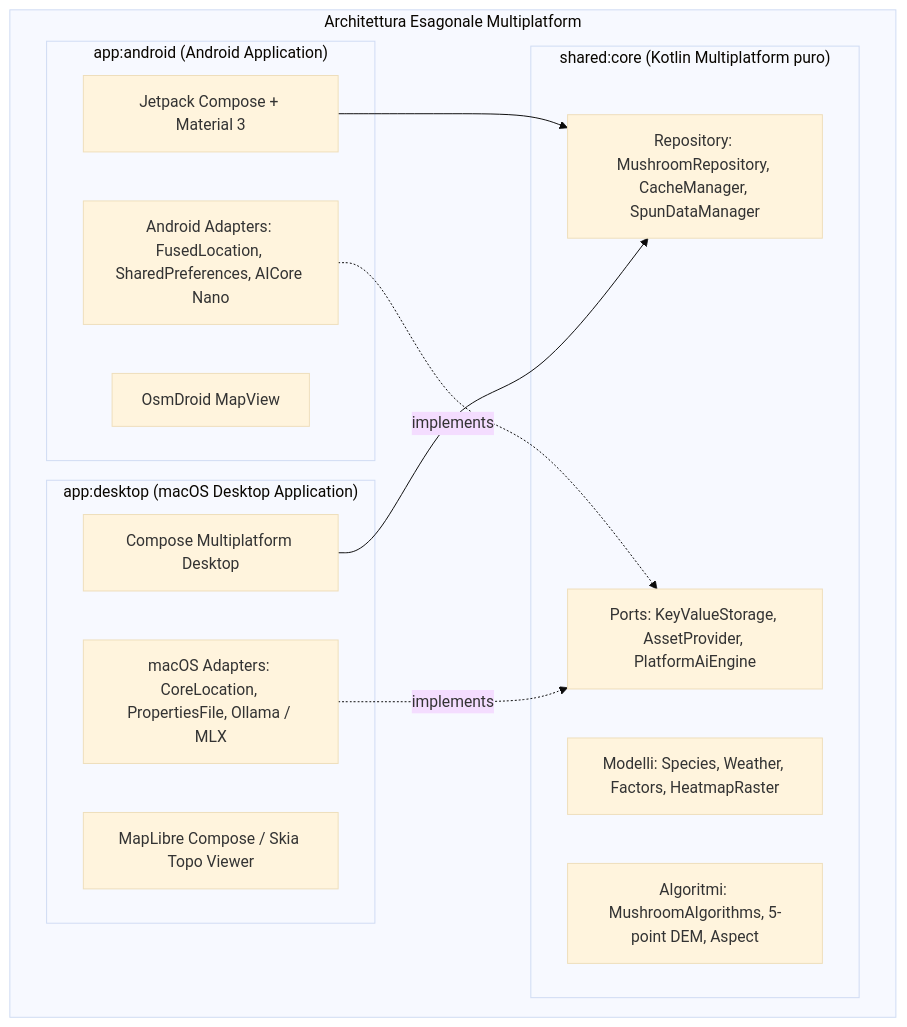
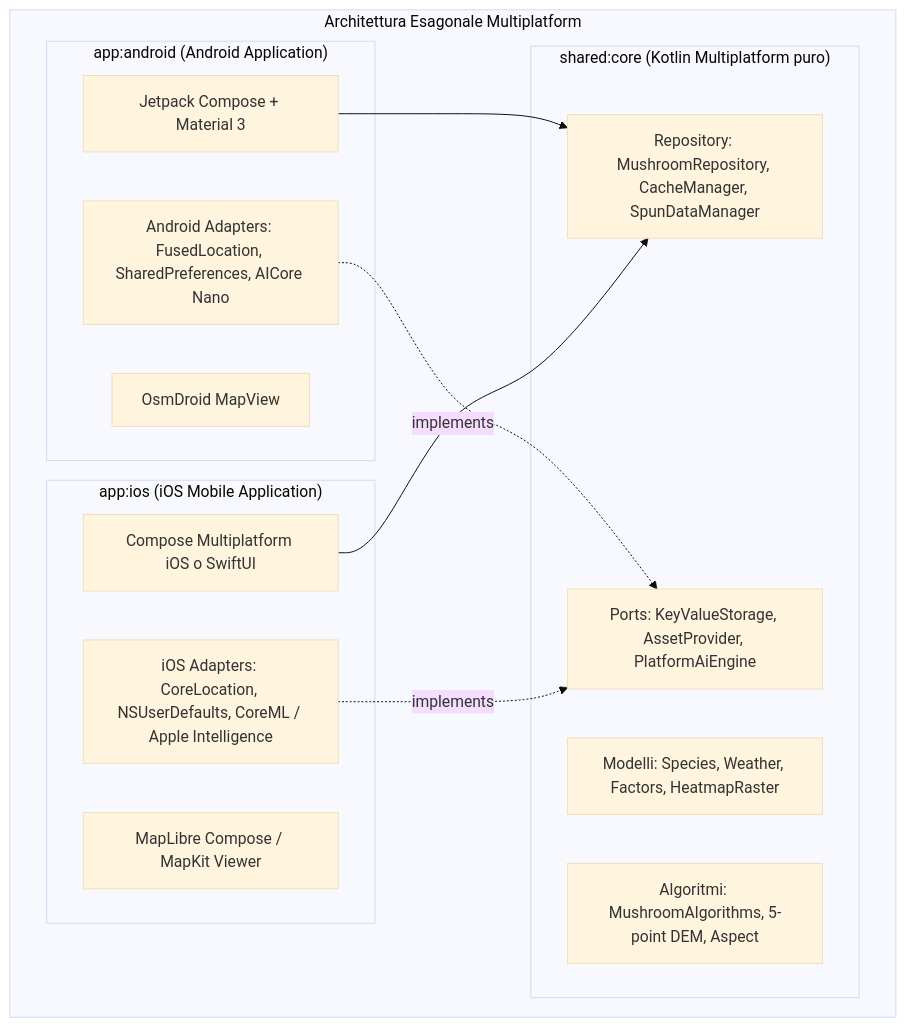
One commit to naturewhisp/myco changed the second of 3 diagrams in docs/FUTURE_DEVELOPMENTS_ANALYSIS.md. Above: the diagram before and after it, drawn with Mermaid (base theme). The commit also changed other lines of this file and 15 other files, not shown here.

Commit message:
docs(arch): realign multiplatform target from macOS to iOS (docs/IOS_ARCHITECTURE.md)

````diff
--- a/docs/FUTURE_DEVELOPMENTS_ANALYSIS.md
+++ b/docs/FUTURE_DEVELOPMENTS_ANALYSIS.md
@@ -620,28 +620,28 @@
 ```mermaid
 graph TD
     subgraph "Architettura Esagonale Multiplatform"
         subgraph "shared:core (Kotlin Multiplatform puro)"
             M[Modelli: Species, Weather, Factors, HeatmapRaster]
             A[Algoritmi: MushroomAlgorithms, 5-point DEM, Aspect]
             P_PORT[Ports: KeyValueStorage, AssetProvider, PlatformAiEngine]
             R[Repository: MushroomRepository, CacheManager, SpunDataManager]
         end
 
         subgraph "app:android (Android Application)"
             A_UI[Jetpack Compose + Material 3]
             A_MAP[OsmDroid MapView]
             A_ADAPT[Android Adapters: FusedLocation, SharedPreferences, AICore Nano]
         end
 
-        subgraph "app:desktop (macOS Desktop Application)"
-            D_UI[Compose Multiplatform Desktop]
-            D_MAP[MapLibre Compose / Skia Topo Viewer]
-            D_ADAPT[macOS Adapters: CoreLocation, PropertiesFile, Ollama / MLX]
+        subgraph "app:ios (iOS Mobile Application)"
+            I_UI[Compose Multiplatform iOS o SwiftUI]
+            I_MAP[MapLibre Compose / MapKit Viewer]
+            I_ADAPT[iOS Adapters: CoreLocation, NSUserDefaults, CoreML / Apple Intelligence]
         end
 
         A_UI --> R
         A_ADAPT -.->|implements| P_PORT
-        D_UI --> R
-        D_ADAPT -.->|implements| P_PORT
+        I_UI --> R
+        I_ADAPT -.->|implements| P_PORT
     end
 ```
````
